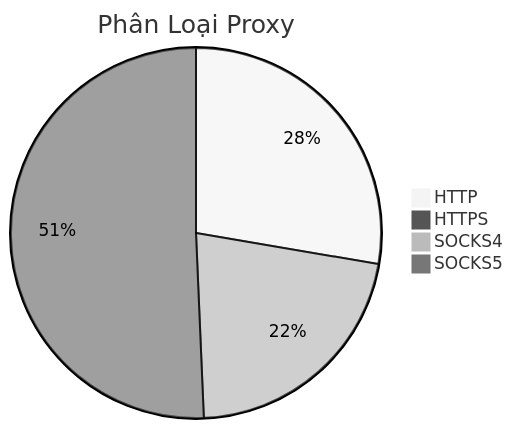
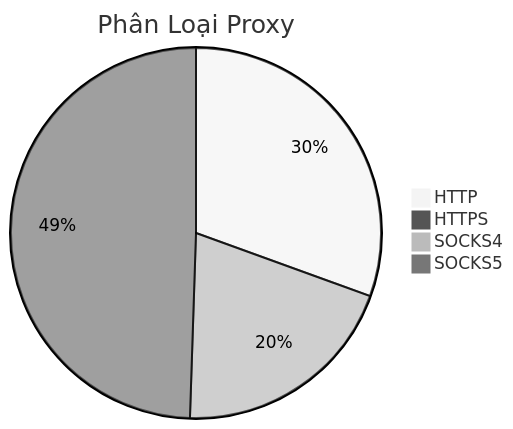
One commit to Ciara-12/PROXY-free changed the diagram in README.md. Above: the diagram before and after it, drawn with Mermaid (neutral theme). The commit also changed other lines of this file and 4 other files, not shown here.

````diff
--- a/README.md
+++ b/README.md
@@ -26,7 +26,7 @@
 ```mermaid
 pie title Phân Loại Proxy
-    "HTTP" : 389
-    "HTTPS" : 0
-    "SOCKS4" : 304
-    "SOCKS5" : 712
+    "HTTP" : 440
+    "HTTPS" : 2
+    "SOCKS4" : 288
+    "SOCKS5" : 713
 ```
````
